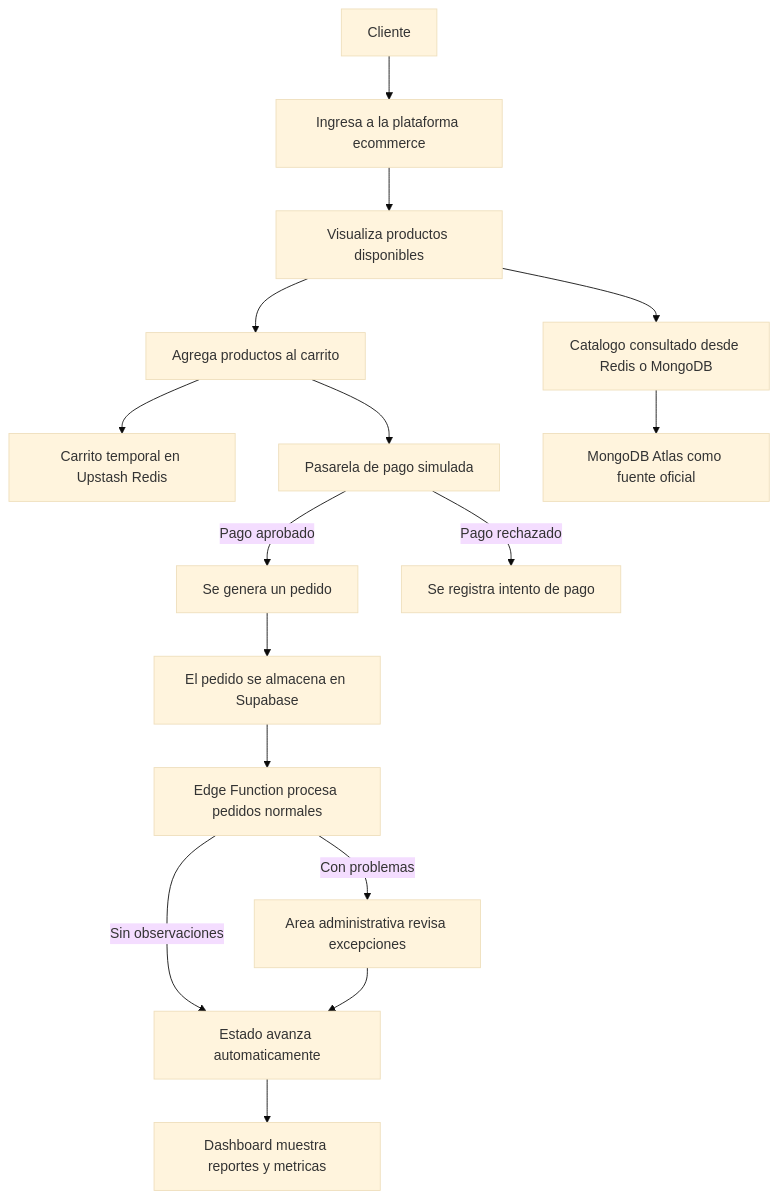
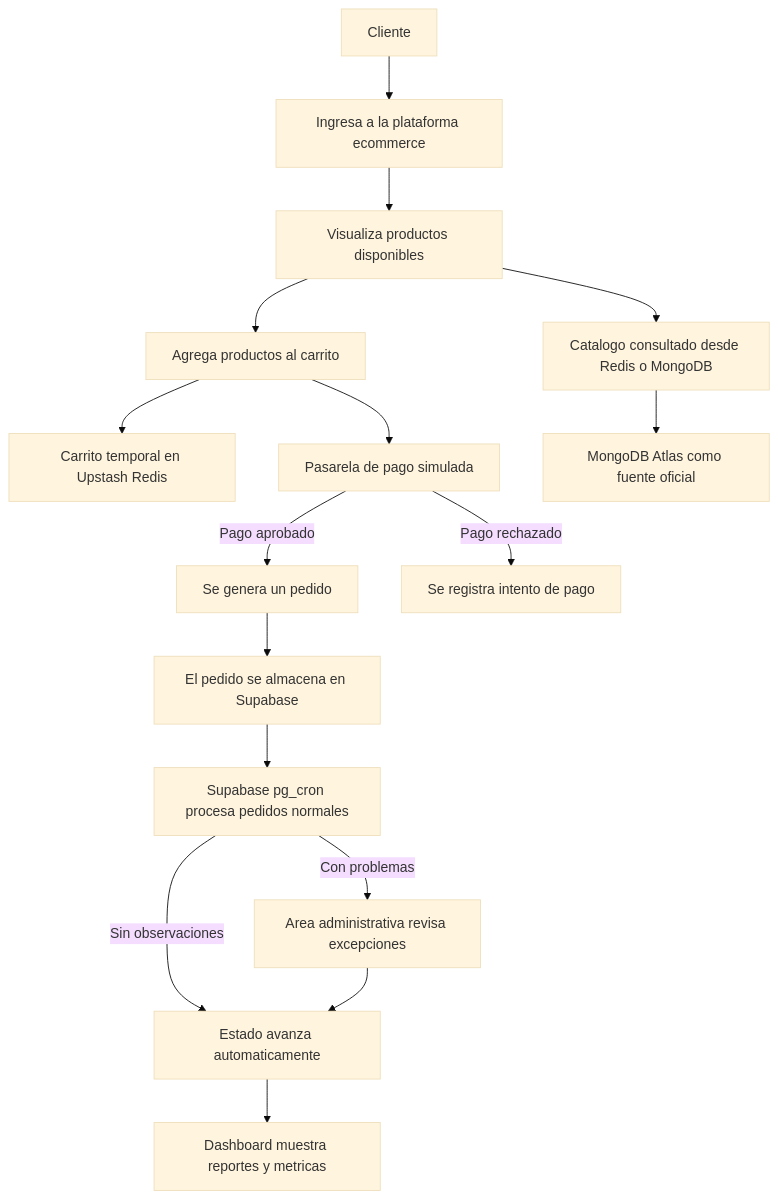
Before and after one commit to jbaldeon365/Proyecto-E-commerce-demo-1: the diagram in README.md, drawn with Mermaid (base theme). The commit also changed other lines of this file and 6 other files, not shown here.

````diff
--- a/README.md
+++ b/README.md
@@ -261,18 +244,18 @@
 ```mermaid
 flowchart TD
     A[Cliente] --> B[Ingresa a la plataforma ecommerce]
     B --> C[Visualiza productos disponibles]
     C --> D[Agrega productos al carrito]
     D --> R[Carrito temporal en Upstash Redis]
     D --> E[Pasarela de pago simulada]
     E -->|Pago aprobado| F[Se genera un pedido]
     E -->|Pago rechazado| P[Se registra intento de pago]
     F --> G[El pedido se almacena en Supabase]
     C --> H[Catalogo consultado desde Redis o MongoDB]
     H --> M[MongoDB Atlas como fuente oficial]
-    G --> A1[Edge Function procesa pedidos normales]
+    G --> A1[Supabase pg_cron procesa pedidos normales]
     A1 -->|Sin observaciones| J[Estado avanza automaticamente]
     A1 -->|Con problemas| I[Area administrativa revisa excepciones]
     I --> J
     J --> K[Dashboard muestra reportes y metricas]
 ```
````
